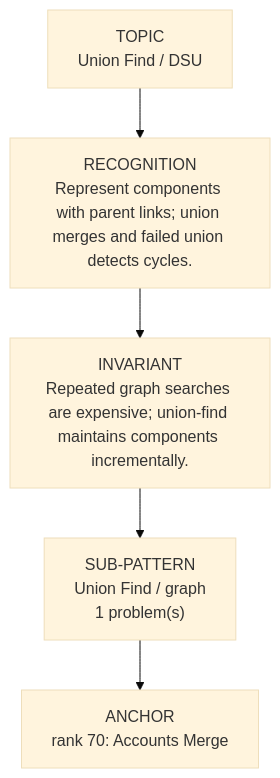
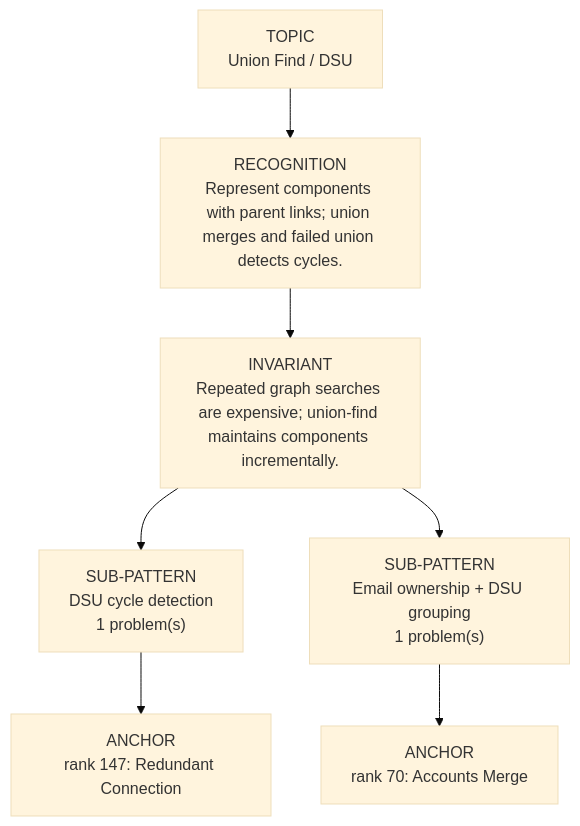
One commit to thechiranjeevjain/DSA10days changed the diagram in dsa-review/interview/patterns/18_union_find.md. Above: the diagram before and after it, drawn with Mermaid (base theme). The commit also changed other lines of this file and 37 other files, not shown here.

````diff
--- a/dsa-review/interview/patterns/18_union_find.md
+++ b/dsa-review/interview/patterns/18_union_find.md
@@ -15,9 +15,11 @@
 ```mermaid
 flowchart TD
   Topic["TOPIC<br/>Union Find / DSU"]
   Recognition["RECOGNITION<br/>Represent components with parent links; union merges and failed union detects cycles."]
   Invariant["INVARIANT<br/>Repeated graph searches are expensive; union-find maintains components incrementally."]
   Topic --> Recognition --> Invariant
-  Invariant --> Sub01["SUB-PATTERN<br/>Union Find / graph<br/>1 problem(s)"]
-  Sub01 --> Sub01A01["ANCHOR<br/>rank 70: Accounts Merge"]
+  Invariant --> Sub01["SUB-PATTERN<br/>DSU cycle detection<br/>1 problem(s)"]
+  Sub01 --> Sub01A01["ANCHOR<br/>rank 147: Redundant Connection"]
+  Invariant --> Sub02["SUB-PATTERN<br/>Email ownership + DSU grouping<br/>1 problem(s)"]
+  Sub02 --> Sub02A01["ANCHOR<br/>rank 70: Accounts Merge"]
 ```
````
